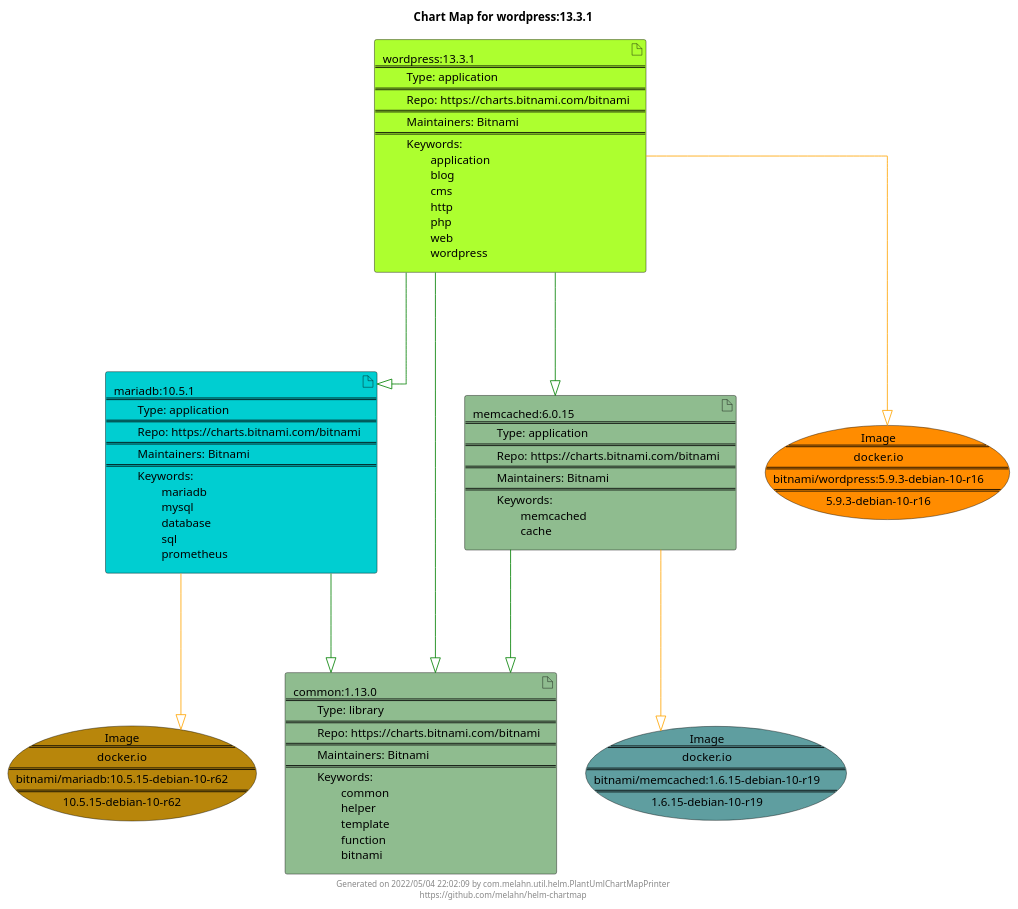
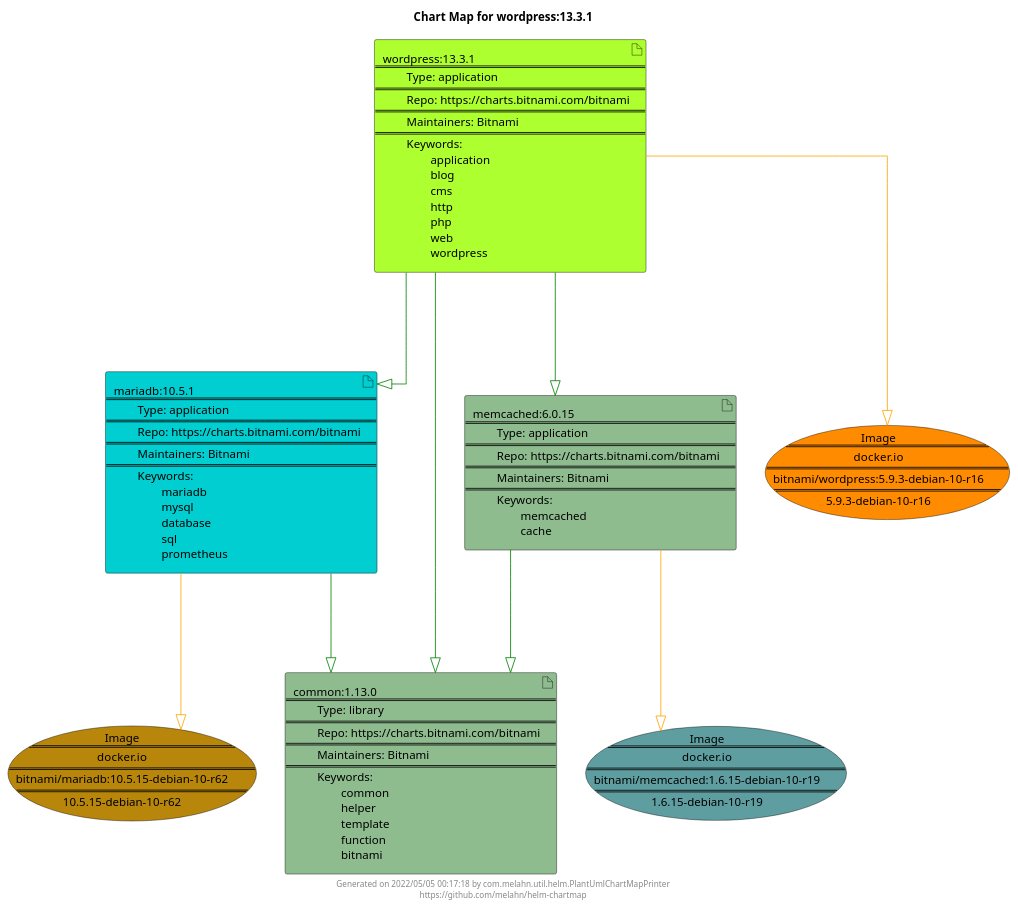
The diagram in docs/wordpress/wordpress-13.3.1.puml (melahn/helm-chartmap), drawn with PlantUML before and after one commit. The commit also changed 62 other files, not shown here.

Commit message:
Update Example Chart Maps as part of GitHub build

```diff
--- a/docs/wordpress/wordpress-13.3.1.puml
+++ b/docs/wordpress/wordpress-13.3.1.puml
@@ -1,33 +1,33 @@
 @startuml
 skinparam linetype ortho
 skinparam backgroundColor white
 skinparam usecaseBorderColor black
 skinparam usecaseArrowColor LightSlateGray
 skinparam artifactBorderColor black
 skinparam artifactArrowColor LightSlateGray
 
 title Chart Map for wordpress:13.3.1
 
 'There are 4 referenced Helm Charts
 artifact "wordpress:13.3.1\n====\n\tType: application\n====\n\tRepo: https://charts.bitnami.com/bitnami\n====\n\tMaintainers: Bitnami\n====\n\tKeywords: \n\t\tapplication\n\t\tblog\n\t\tcms\n\t\thttp\n\t\tphp\n\t\tweb\n\t\twordpress" as wordpress_13_3_1 #GreenYellow
 artifact "common:1.13.0\n====\n\tType: library\n====\n\tRepo: https://charts.bitnami.com/bitnami\n====\n\tMaintainers: Bitnami\n====\n\tKeywords: \n\t\tcommon\n\t\thelper\n\t\ttemplate\n\t\tfunction\n\t\tbitnami" as common_1_13_0 #DarkSeaGreen
 artifact "mariadb:10.5.1\n====\n\tType: application\n====\n\tRepo: https://charts.bitnami.com/bitnami\n====\n\tMaintainers: Bitnami\n====\n\tKeywords: \n\t\tmariadb\n\t\tmysql\n\t\tdatabase\n\t\tsql\n\t\tprometheus" as mariadb_10_5_1 #DarkTurquoise
 artifact "memcached:6.0.15\n====\n\tType: application\n====\n\tRepo: https://charts.bitnami.com/bitnami\n====\n\tMaintainers: Bitnami\n====\n\tKeywords: \n\t\tmemcached\n\t\tcache" as memcached_6_0_15 #DarkSeaGreen
 
 'There are 3 referenced Docker Images
 usecase "Image\n====\ndocker.io\n====\nbitnami/memcached:1.6.15-debian-10-r19\n====\n1.6.15-debian-10-r19" as docker_io_bitnami_memcached_1_6_15_debian_10_r19 #CadetBlue
 usecase "Image\n====\ndocker.io\n====\nbitnami/mariadb:10.5.15-debian-10-r62\n====\n10.5.15-debian-10-r62" as docker_io_bitnami_mariadb_10_5_15_debian_10_r62 #DarkGoldenRod
 usecase "Image\n====\ndocker.io\n====\nbitnami/wordpress:5.9.3-debian-10-r16\n====\n5.9.3-debian-10-r16" as docker_io_bitnami_wordpress_5_9_3_debian_10_r16 #Darkorange
 
 'Chart Dependencies
+wordpress_13_3_1--[#green]-|>mariadb_10_5_1
+mariadb_10_5_1--[#green]-|>common_1_13_0
 wordpress_13_3_1--[#green]-|>memcached_6_0_15
 memcached_6_0_15--[#green]-|>common_1_13_0
-wordpress_13_3_1--[#green]-|>mariadb_10_5_1
-mariadb_10_5_1--[#green]-|>common_1_13_0
 wordpress_13_3_1--[#green]-|>common_1_13_0
 wordpress_13_3_1--[#orange]-|>docker_io_bitnami_wordpress_5_9_3_debian_10_r16
 mariadb_10_5_1--[#orange]-|>docker_io_bitnami_mariadb_10_5_15_debian_10_r62
 memcached_6_0_15--[#orange]-|>docker_io_bitnami_memcached_1_6_15_debian_10_r19
 
-center footer Generated on 2022/05/04 22:02:09 by com.melahn.util.helm.PlantUmlChartMapPrinter\nhttps://github.com/melahn/helm-chartmap
+center footer Generated on 2022/05/05 00:17:18 by com.melahn.util.helm.PlantUmlChartMapPrinter\nhttps://github.com/melahn/helm-chartmap
 @enduml
```
